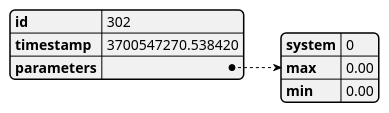
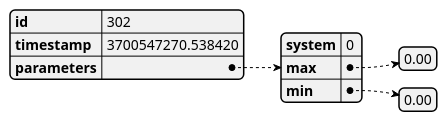
One commit to lsst-ts/ts_tma_tma-documentation_pxi-controller_documentation changed diagram 40 of 44 in 02 CommandsAndEventsManagement/03 Events.md. Above: the diagram before and after it, drawn with PlantUML. The commit also changed other lines of this file, not shown here.

````diff
--- a/02 CommandsAndEventsManagement/03 Events.md
+++ b/02 CommandsAndEventsManagement/03 Events.md
@@ -1105,13 +1105,13 @@
 ``` plantuml
 @startjson
 {
     "id": 302,
     "timestamp": 3700547270.538420,
     "parameters": {
         "system": 0,
-        "max": 0.00,
-        "min": 0.00
+        "max": [0.00],
+        "min": [0.00]
     }
 }
 @endjson
 ```
````
